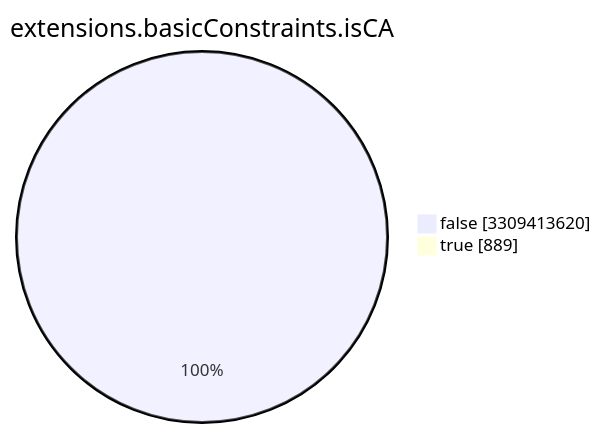
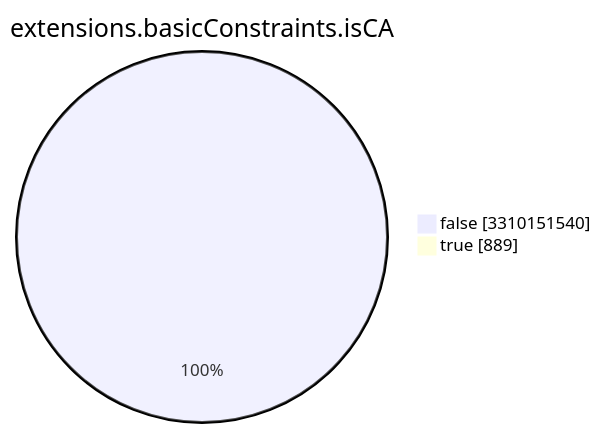
The seventh of 15 diagrams in TOTAL/README.md (christiankrug/ctmonitor_visualization), drawn with Mermaid before and after one commit. The commit also changed other lines of this file, not shown here.

````diff
--- a/TOTAL/README.md
+++ b/TOTAL/README.md
@@ -3089,6 +3089,6 @@
 ```mermaid
 pie showData
 title extensions.basicConstraints.isCA
-"false" :3309413620
+"false" :3310151540
 "true" :889
 ```
````
